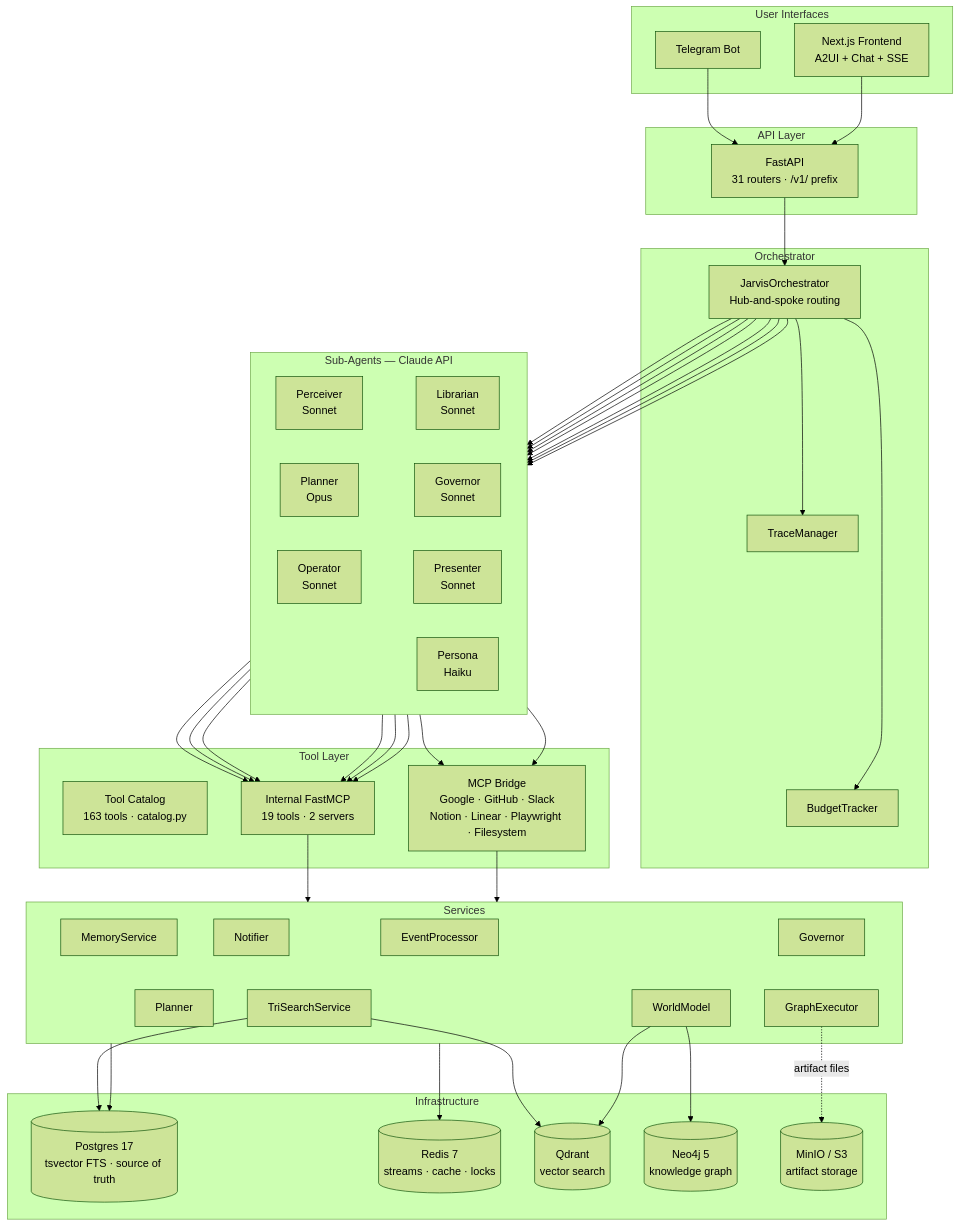
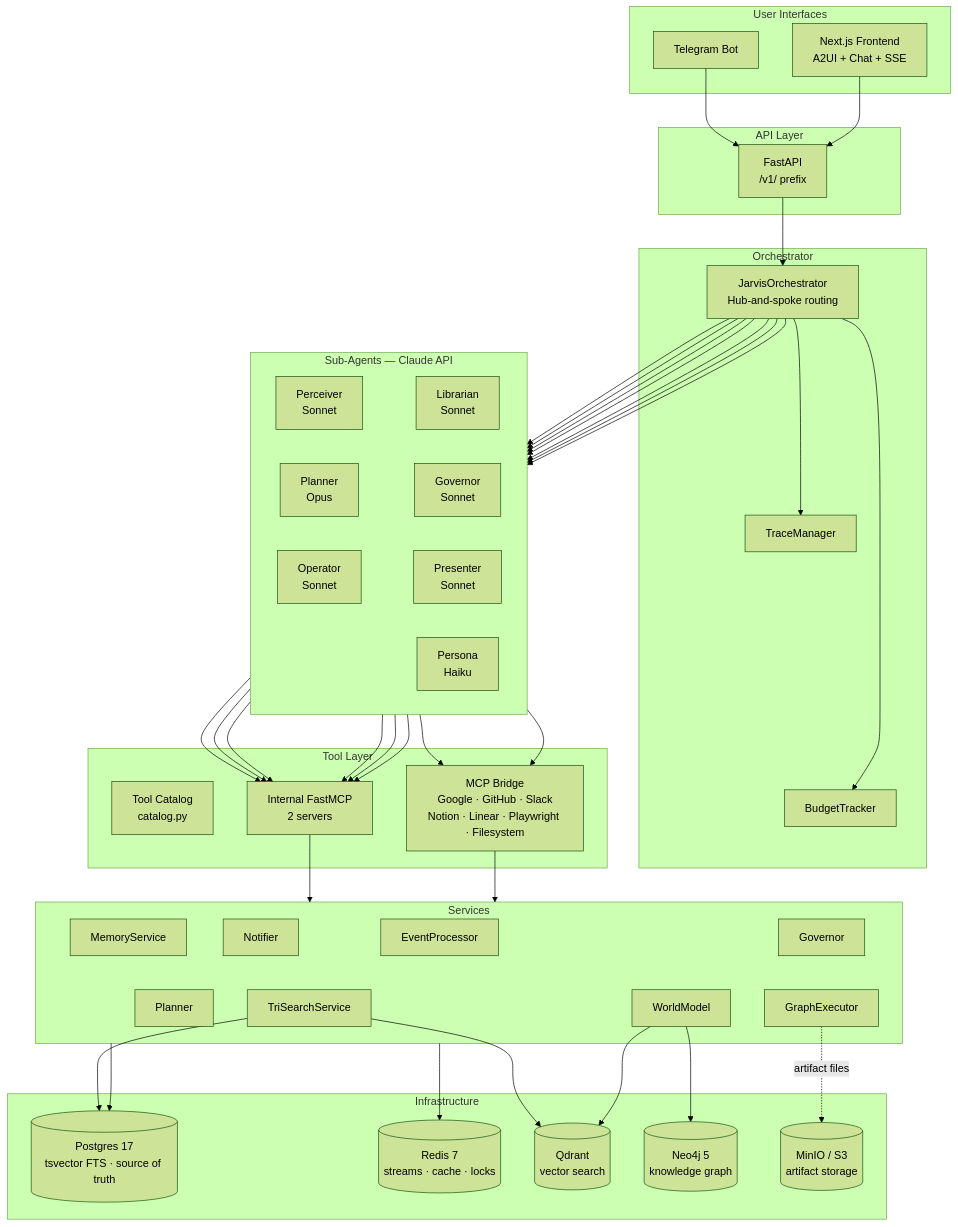
One commit to shivadharmi/muldro changed the diagram in README.md. Above: the diagram before and after it, drawn with Mermaid (forest theme). The commit also changed other lines of this file and 13 other files, not shown here.

````diff
--- a/README.md
+++ b/README.md
@@ -13,58 +13,58 @@
 ```mermaid
 graph TB
     subgraph UI["User Interfaces"]
         TG[Telegram Bot]
         WEB[Next.js Frontend<br/>A2UI + Chat + SSE]
     end
 
     subgraph API["API Layer"]
-        FA[FastAPI<br/>31 routers · /v1/ prefix]
+        FA[FastAPI<br/>/v1/ prefix]
     end
 
     subgraph ORCH["Orchestrator"]
         JO[JarvisOrchestrator<br/>Hub-and-spoke routing]
         TR[TraceManager] ~~~ BU[BudgetTracker]
     end
 
     subgraph AGENTS["Sub-Agents — Claude API"]
         direction LR
         PCV[Perceiver<br/>Sonnet] ~~~ LIB[Librarian<br/>Sonnet]
         PLN[Planner<br/>Opus] ~~~ GOV[Governor<br/>Sonnet]
         OPR[Operator<br/>Sonnet] ~~~ PRS[Presenter<br/>Sonnet]
         PER[Persona<br/>Haiku]
     end
 
     subgraph TOOLS["Tool Layer"]
-        CAT[Tool Catalog<br/>163 tools · catalog.py]
-        INT[Internal FastMCP<br/>19 tools · 2 servers]
+        CAT[Tool Catalog<br/>catalog.py]
+        INT[Internal FastMCP<br/>2 servers]
         MCP[MCP Bridge<br/>Google · GitHub · Slack<br/>Notion · Linear · Playwright · Filesystem]
     end
 
     subgraph SVC["Services"]
         EP[EventProcessor] ~~~ WM[WorldModel]
         MS[MemoryService] ~~~ PL[Planner]
         GV[Governor] ~~~ GE[GraphExecutor]
         NT[Notifier] ~~~ TS[TriSearchService]
     end
 
     subgraph INFRA["Infrastructure"]
         PG[(Postgres 17<br/>tsvector FTS · source of truth)]
         RD[(Redis 7<br/>streams · cache · locks)]
         QD[(Qdrant<br/>vector search)]
         N4J[(Neo4j 5<br/>knowledge graph)]
         S3[(MinIO / S3<br/>artifact storage)]
     end
 
     TG & WEB --> FA
     FA --> JO
     JO --> TR & BU
     JO --> PCV & LIB & PLN & GOV & OPR & PRS & PER
     PCV & LIB & PLN & GOV & OPR & PRS --> INT
     OPR & PCV --> MCP
     INT --> SVC
     MCP --> SVC
     SVC --> PG & RD
     TS --> QD & PG
     WM --> N4J & QD
     GE -.->|artifact files| S3
 ```
````
